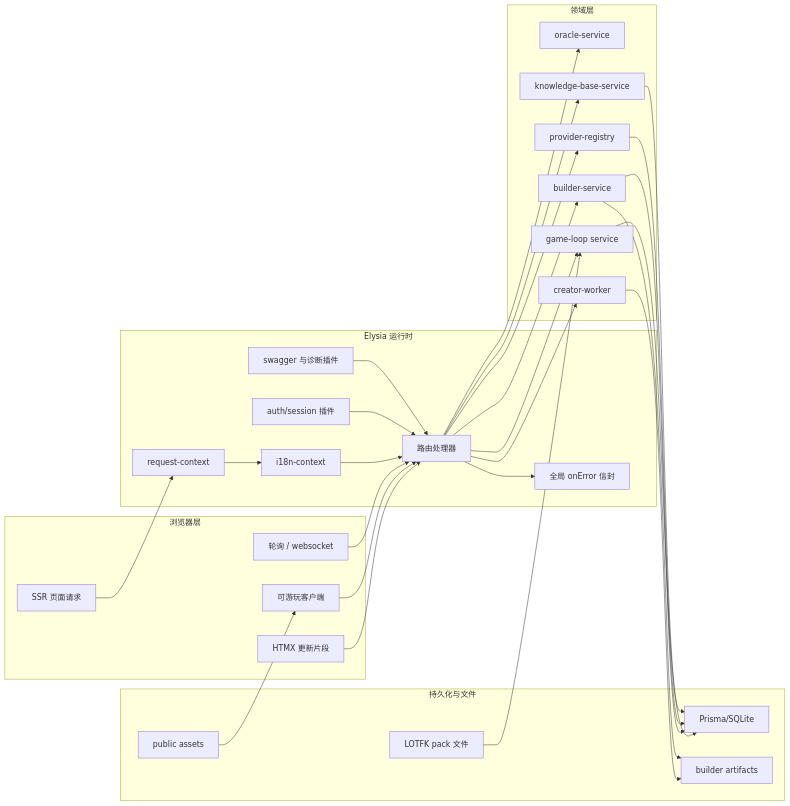
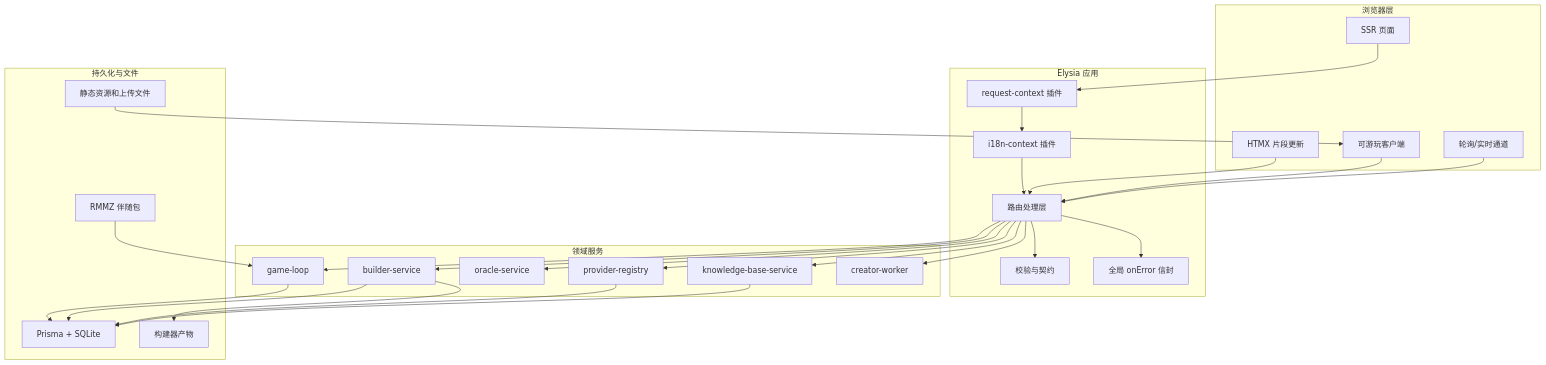
One commit to d4551/tea changed the sixth of 10 diagrams in README.md. Above: the diagram before and after it, drawn with Mermaid. The commit also changed other lines of this file and 2 other files, not shown here.

````diff
--- a/README.md
+++ b/README.md
@@ -372,58 +371,54 @@
 ```mermaid
-flowchart LR
-  subgraph Browser["浏览器层"]
-    B1["SSR 页面请求"]
-    B2["HTMX 更新片段"]
-    B3["可游玩客户端"]
-    B4["轮询 / websocket"]
+flowchart TB
+  subgraph 浏览器层["浏览器层"]
+    S1["SSR 页面"]
+    S2["HTMX 片段更新"]
+    S3["可游玩客户端"]
+    S4["轮询/实时通道"]
   end
 
-  subgraph Server["Elysia 运行时"]
-    P1["request-context"]
-    P2["i18n-context"]
-    P3["路由处理器"]
-    P4["全局 onError 信封"]
-    P5["auth/session 插件"]
-    P6["swagger 与诊断插件"]
+  subgraph 应用层["Elysia 应用"]
+    A1["request-context 插件"]
+    A2["i18n-context 插件"]
+    A3["路由处理层"]
+    A4["校验与契约"]
+    A5["全局 onError 信封"]
   end
 
-  subgraph Domain["领域层"]
-    D1["oracle-service"]
-    D2["game-loop service"]
-    D3["builder-service"]
+  subgraph 领域层["领域服务"]
+    D1["game-loop"]
+    D2["builder-service"]
+    D3["oracle-service"]
     D4["provider-registry"]
     D5["knowledge-base-service"]
     D6["creator-worker"]
   end
 
-  subgraph Data["持久化与文件"]
-    S1["Prisma/SQLite"]
-    S2["public assets"]
-    S3["builder artifacts"]
-    S4["LOTFK pack 文件"]
+  subgraph 存储层["持久化与文件"]
+    DB["Prisma + SQLite"]
+    AS["静态资源和上传文件"]
+    AN["构建器产物"]
+    PK["RMMZ 伴随包"]
   end
 
-  B1 --> P1
-  B2 --> P3
-  B3 --> P3
-  B4 --> P3
-  P1 --> P2
-  P2 --> P3
-  P5 --> P3
-  P6 --> P3
-  P3 --> D1
-  P3 --> D2
-  P3 --> D3
-  P3 --> D4
-  P3 --> D5
-  P3 --> D6
-  D2 --> S1
-  D3 --> S1
-  D4 --> S1
-  D5 --> S1
-  D6 --> S3
-  D3 --> S3
-  S2 --> B3
-  S4 --> D2
-  P3 --> P4
+  S1 --> A1
+  S2 --> A3
+  S3 --> A3
+  S4 --> A3
+  A1 --> A2 --> A3
+  A3 --> D1
+  A3 --> D2
+  A3 --> D3
+  A3 --> D4
+  A3 --> D5
+  A3 --> D6
+  A3 --> A4
+  A3 --> A5
+  D1 --> DB
+  D2 --> DB
+  D2 --> AN
+  D4 --> DB
+  D5 --> DB
+  AS --> S3
+  PK --> D1
 ```
````
